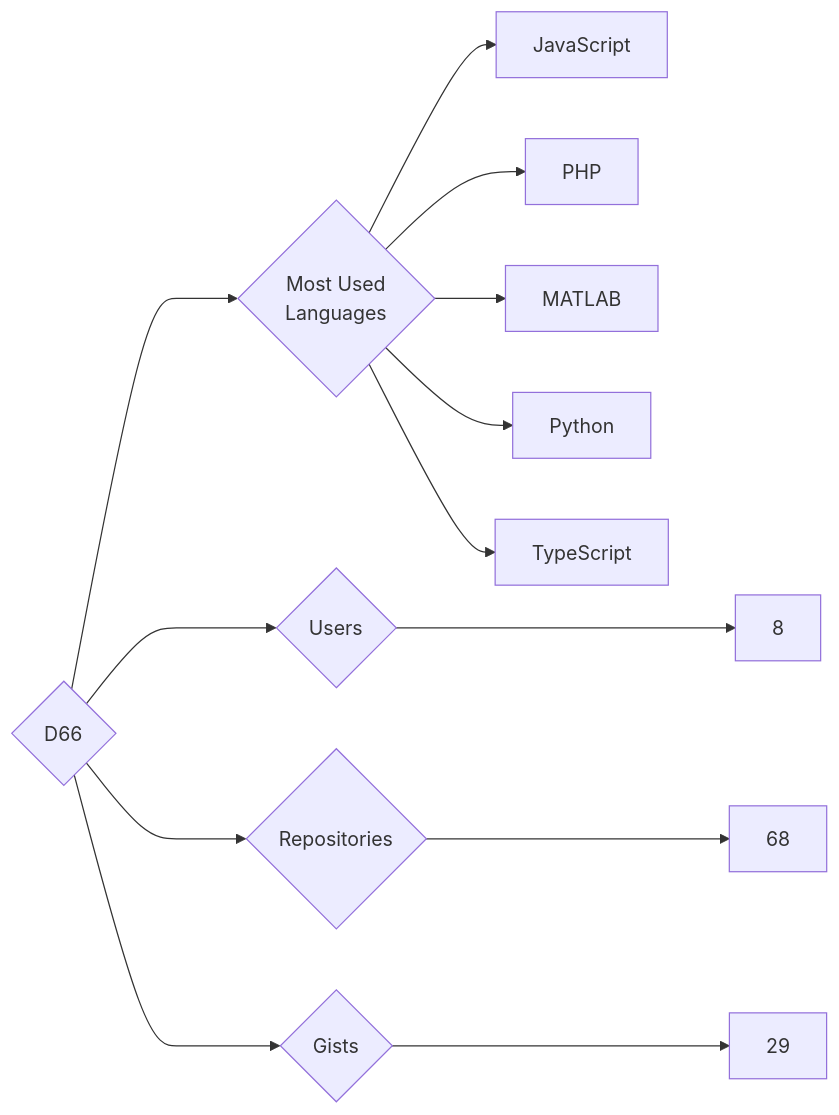
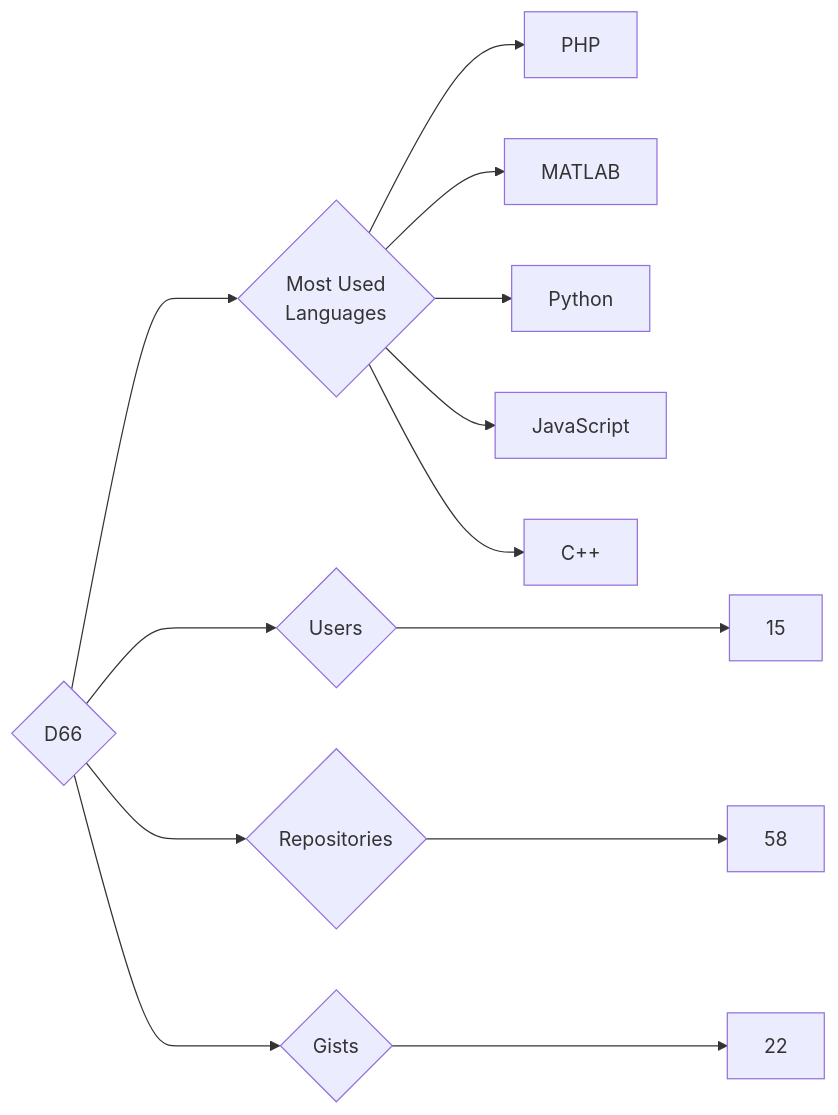
Before and after one commit to trickest/insiders: the diagram in targets/D66/README.md, drawn with Mermaid. The commit also changed 912 other files, not shown here.

````diff
--- a/targets/D66/README.md
+++ b/targets/D66/README.md
@@ -3,13 +3,13 @@
 ```mermaid
 graph LR
 COMPANY_NAME{D66}
-COMPANY_NAME ---> U{Users} ---> UN[8]
-COMPANY_NAME ---> R{Repositories} ---> RN[68]
-COMPANY_NAME ---> G{Gists} ---> GN[29]
+COMPANY_NAME ---> U{Users} ---> UN[15]
+COMPANY_NAME ---> R{Repositories} ---> RN[58]
+COMPANY_NAME ---> G{Gists} ---> GN[22]
 COMPANY_NAME ---> ML{Most Used<br>Languages}
-ML --> JavaScript[JavaScript]
 ML --> PHP[PHP]
 ML --> MATLAB[MATLAB]
 ML --> Python[Python]
-ML --> TypeScript[TypeScript]
+ML --> JavaScript[JavaScript]
+ML --> C++[C++]
 ```
````
